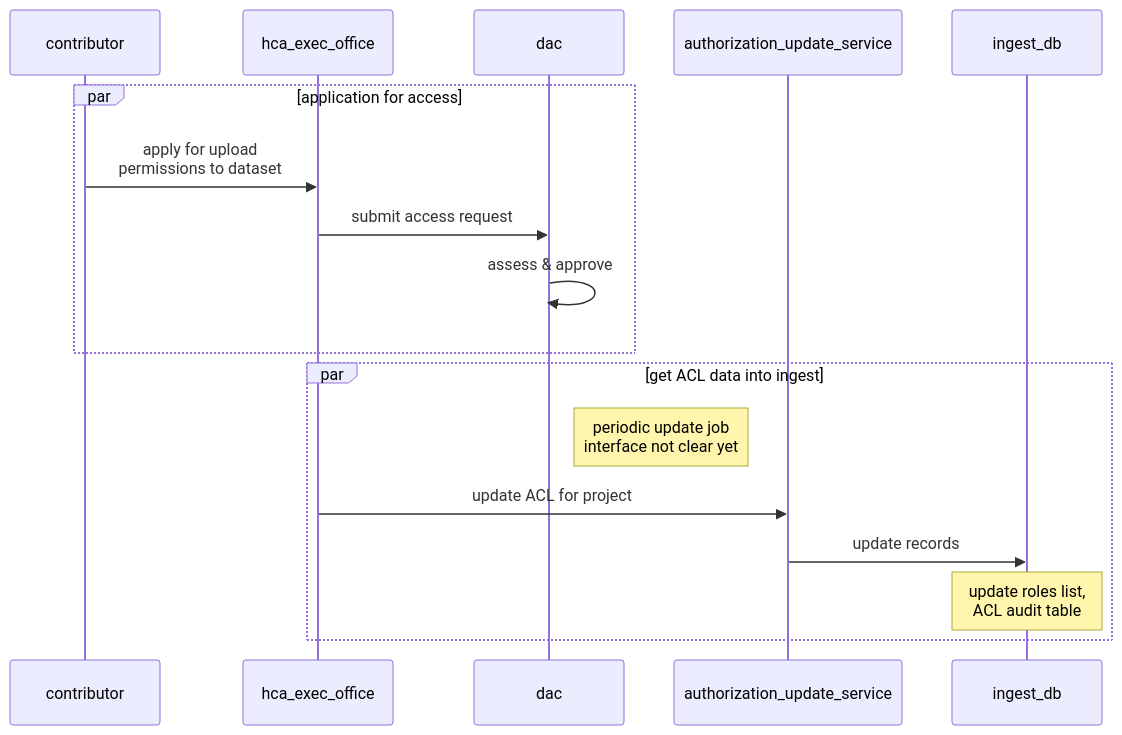
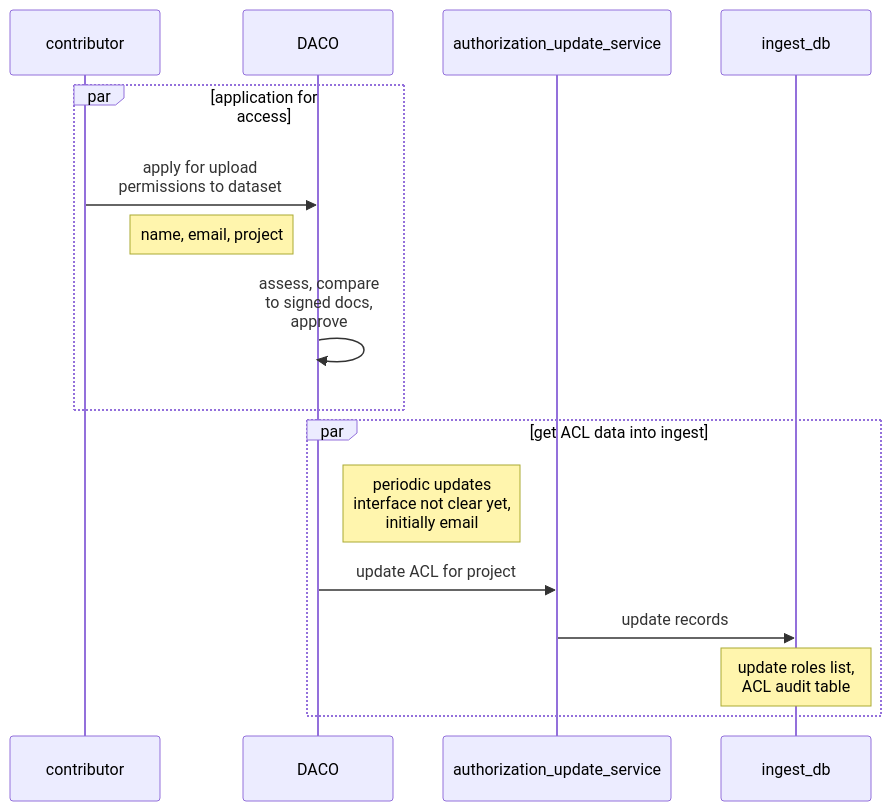
One commit to ebi-ait/ingest-core changed the second of 4 diagrams in docs/managed-access.md. Above: the diagram before and after it, drawn with Mermaid.

Commit message:
dcp-967 managed access - design docs

````diff
--- a/docs/managed-access.md
+++ b/docs/managed-access.md
@@ -33,20 +33,19 @@
 ```mermaid
 sequenceDiagram
 
     participant contributor
-    participant hca_exec_office
-    participant dac
+    participant DACO
     participant authorization_update_service
 
     par application for access
-        contributor ->> hca_exec_office: apply for upload <br> permissions to dataset
-        hca_exec_office ->> dac: submit access request
-        dac ->> dac: assess & approve
+        contributor ->> DACO: apply for upload <br> permissions to                         dataset
+        note left of DACO: name, email, project
+        DACO ->> DACO: assess, compare <br>to signed docs, <br> approve
     end 
     par get ACL data into ingest
-        note right of dac: periodic update job<br>interface not clear yet
-        hca_exec_office ->> authorization_update_service: update ACL for project
+        note right of DACO: periodic updates <br>interface not clear yet,<br> initially email
+         DACO ->> authorization_update_service: update ACL for project
         authorization_update_service ->> ingest_db: update records
         note over ingest_db: update roles list, <br> ACL audit table
     end
 ```
````
